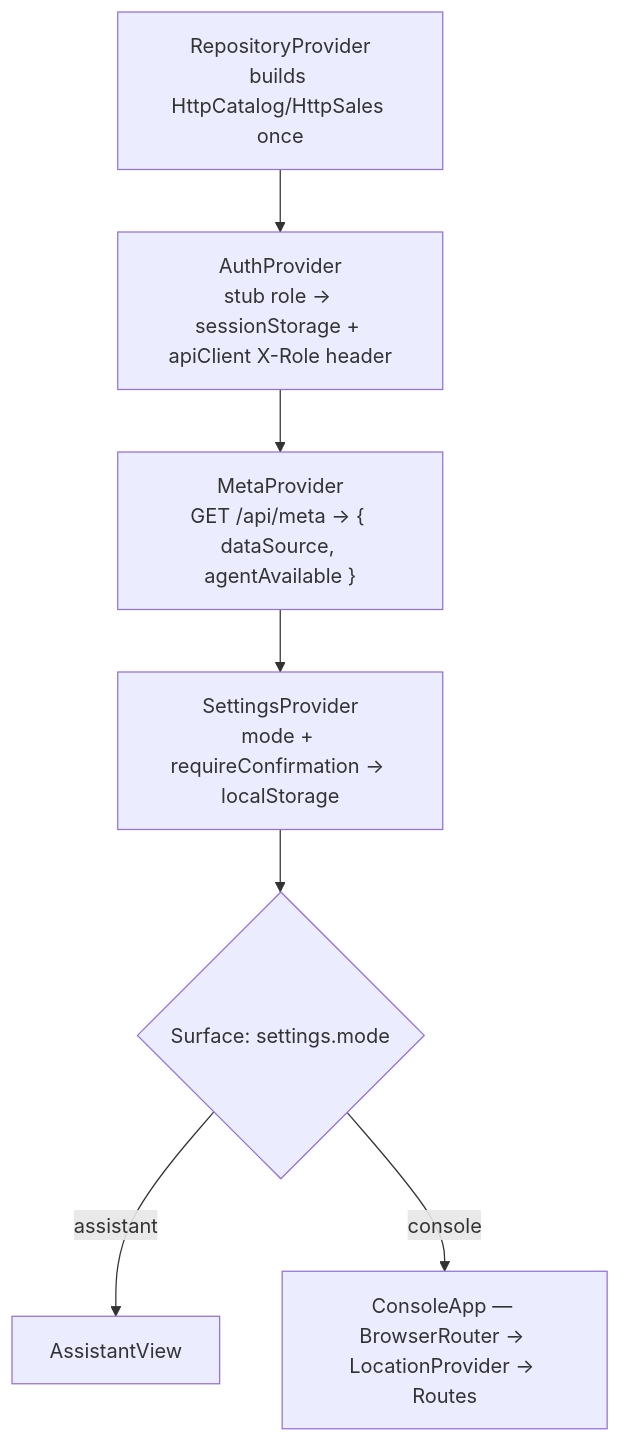
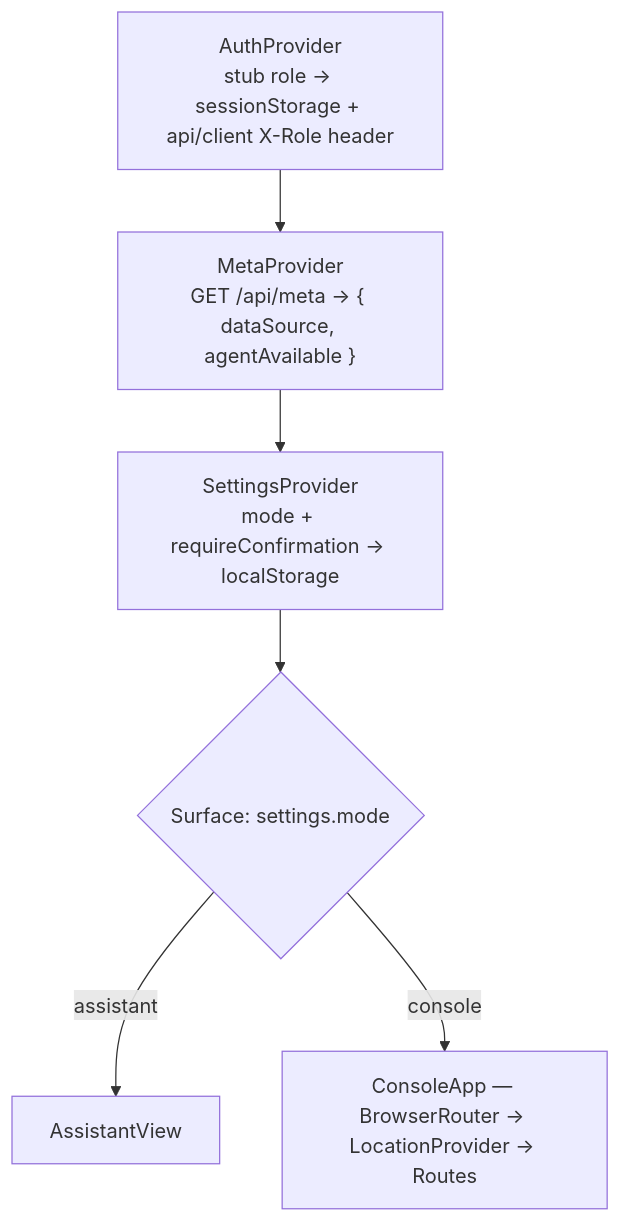
The second of 5 diagrams in ARCHITECTURE.md (daniel-citrus/CapheVietPOS), drawn with Mermaid before and after one commit. The commit also changed other lines of this file and 49 other files, not shown here.

````diff
--- a/ARCHITECTURE.md
+++ b/ARCHITECTURE.md
@@ -94,11 +94,10 @@
 ```mermaid
 flowchart TD
-  A["RepositoryProvider<br/>builds HttpCatalog/HttpSales once"]
-  B["AuthProvider<br/>stub role → sessionStorage + apiClient X-Role header"]
+  B["AuthProvider<br/>stub role → sessionStorage + api/client X-Role header"]
   M["MetaProvider<br/>GET /api/meta → { dataSource, agentAvailable }"]
   C["SettingsProvider<br/>mode + requireConfirmation → localStorage"]
   D{"Surface: settings.mode"}
-  A --> B --> M --> C --> D
+  B --> M --> C --> D
   D -->|assistant| E["AssistantView"]
   D -->|console| F["ConsoleApp — BrowserRouter → LocationProvider → Routes"]
 ```
````
